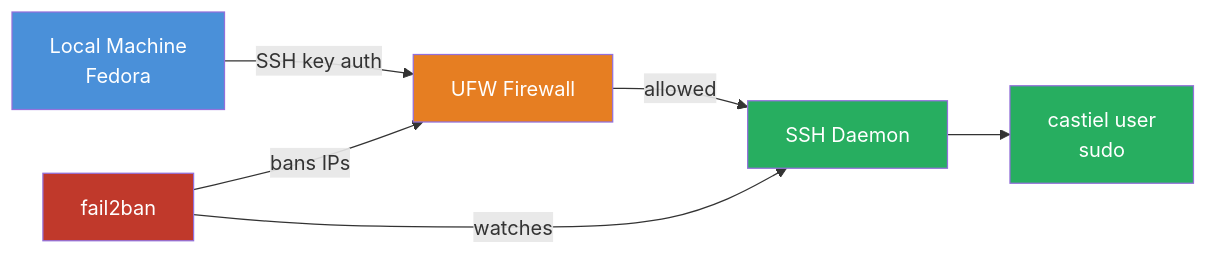
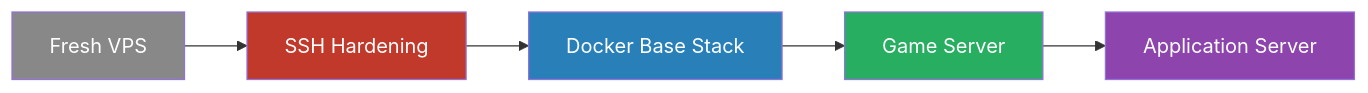
The diagram in README.md (shubhamkokul/linux-game-server-setup), drawn with Mermaid before and after one commit. The commit also changed other lines of this file and 2 other files, not shown here.

Commit message:
Restructure repo — main README, ssh-hardening.md, game-server-setup.md

````diff
--- a/README.md
+++ b/README.md
@@ -20,14 +11,13 @@
 ```mermaid
 graph LR
-    A[Local Machine<br/>Fedora] -->|SSH key auth<br/><your-port>| B[UFW Firewall]
-    B -->|<your-port> allowed| C[SSH Daemon<br/><your-port>]
-    C --> D[castiel user<br/>sudo]
-    E[fail2ban] -->|watches| C
-    E -->|bans IPs| B
+    A[Fresh VPS] --> B[SSH Hardening]
+    B --> C[Docker Base Stack]
+    C --> D[Game Server]
+    D --> E[Application Server]
 
-    style A fill:#4A90D9,color:#fff
-    style B fill:#E67E22,color:#fff
-    style C fill:#27AE60,color:#fff
+    style A fill:#888,color:#fff
+    style B fill:#C0392B,color:#fff
+    style C fill:#2980B9,color:#fff
     style D fill:#27AE60,color:#fff
-    style E fill:#C0392B,color:#fff
+    style E fill:#8E44AD,color:#fff
 ```
````
